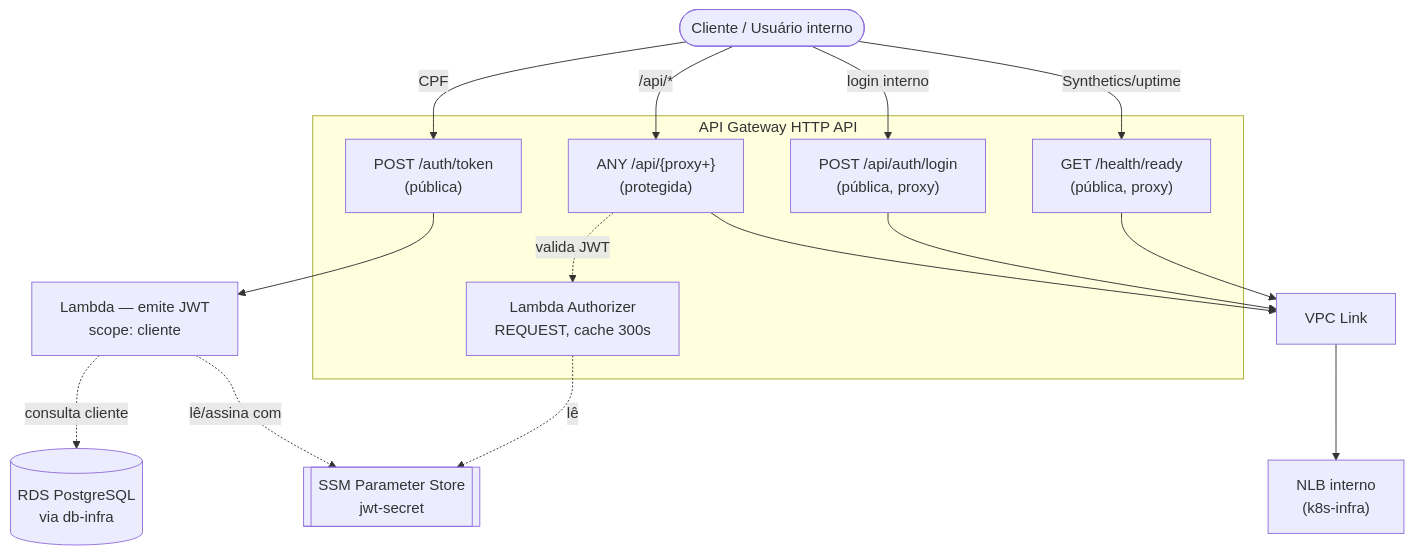
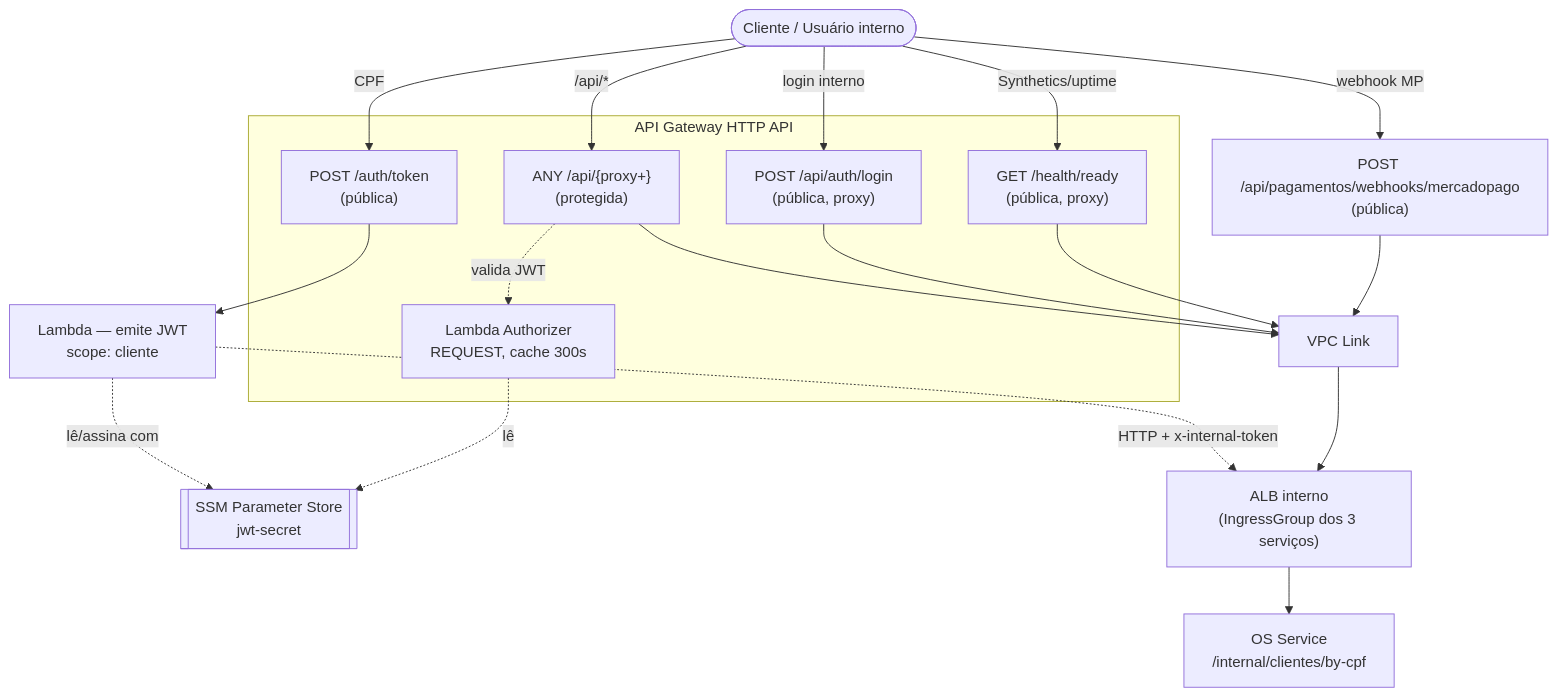
The diagram in README.md (PedrosPinho/soat15-tech-challenge-auth-lambda), drawn with Mermaid before and after one commit. The commit also changed other lines of this file and 12 other files, not shown here.

Commit message:
feat: lambda de token via OS Service, VPC Link para o ALB e rota do webhook MP

````diff
--- a/README.md
+++ b/README.md
@@ -41,28 +44,30 @@
 ```mermaid
 flowchart TB
     Client([Cliente / Usuário interno])
 
     subgraph APIGW["API Gateway HTTP API"]
         RouteToken["POST /auth/token\n(pública)"]
         RouteLogin["POST /api/auth/login\n(pública, proxy)"]
         RouteHealth["GET /health/ready\n(pública, proxy)"]
         RouteProxy["ANY /api/{proxy+}\n(protegida)"]
         Authorizer[Lambda Authorizer\nREQUEST, cache 300s]
     end
 
     TokenLambda["Lambda — emite JWT\nscope: cliente"]
     SSM[[SSM Parameter Store\njwt-secret]]
-    RDS[(RDS PostgreSQL\nvia db-infra)]
+    OS["OS Service\n/internal/clientes/by-cpf"]
     VPCLink[VPC Link]
-    NLB["NLB interno\n(k8s-infra)"]
+    ALB["ALB interno\n(IngressGroup dos 3 serviços)"]
 
     Client -->|CPF| RouteToken --> TokenLambda
-    TokenLambda -.consulta cliente.-> RDS
+    TokenLambda -.HTTP + x-internal-token.-> ALB
+    ALB --> OS
     TokenLambda -.lê/assina com.-> SSM
     Client -->|"/api/*"| RouteProxy
     RouteProxy -.valida JWT.-> Authorizer
     Authorizer -.lê.-> SSM
-    RouteProxy --> VPCLink --> NLB
+    RouteProxy --> VPCLink --> ALB
+    Client -->|webhook MP| RouteMP["POST /api/pagamentos/webhooks/mercadopago\n(pública)"] --> VPCLink
     Client -->|login interno| RouteLogin --> VPCLink
     Client -->|Synthetics/uptime| RouteHealth --> VPCLink
 ```
````
